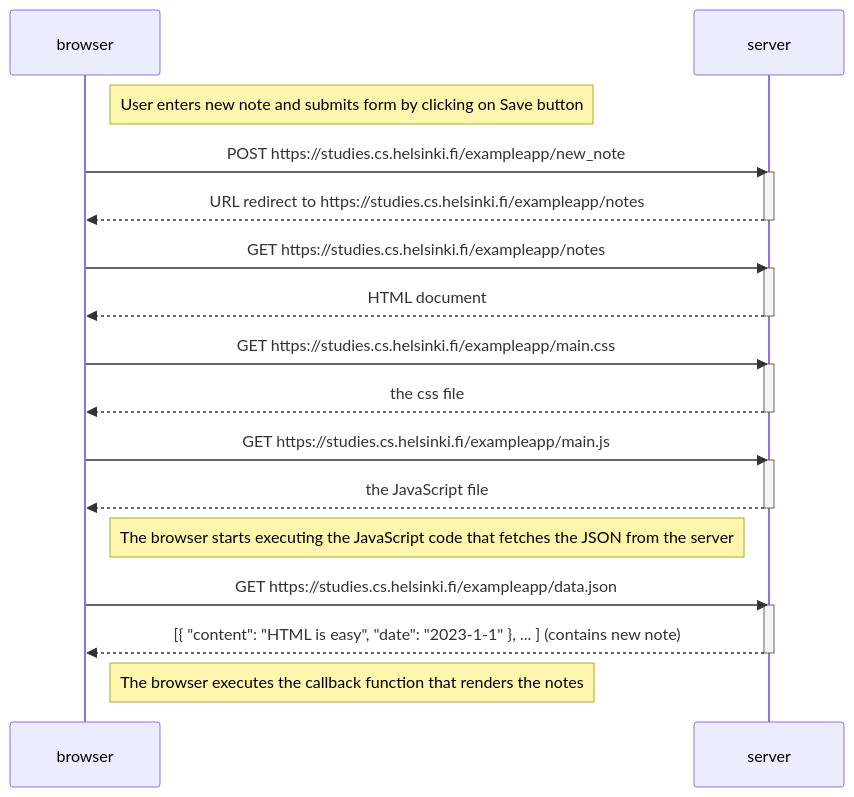
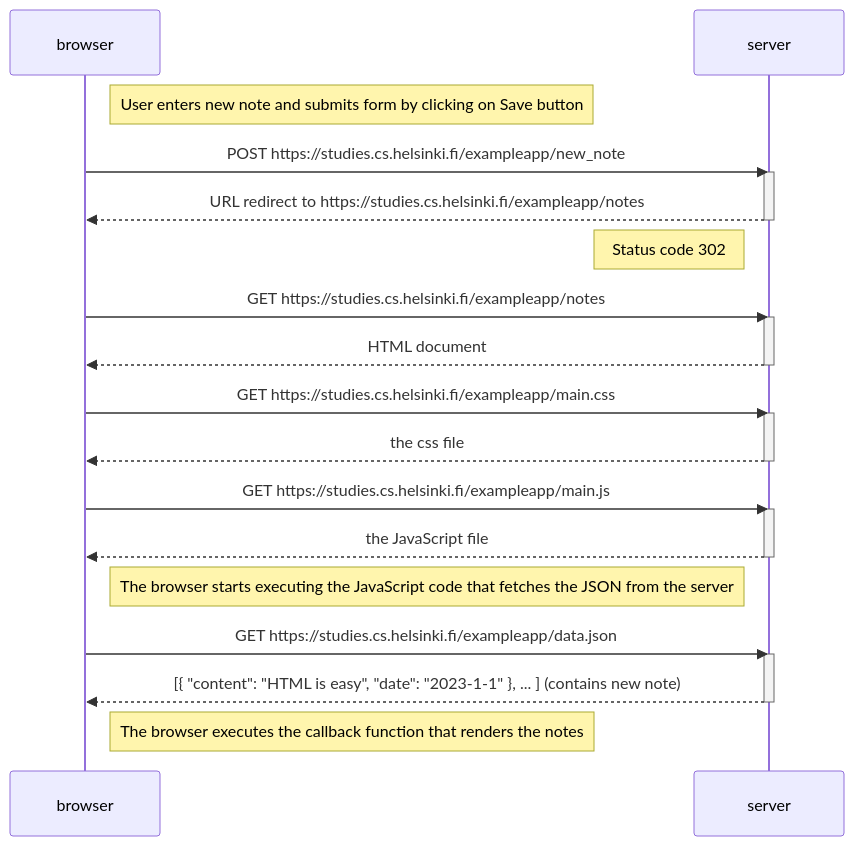
Before and after one commit to harshgupta6789/Fullstackopen: the diagram in 0.4/New note diagram.md, drawn with Mermaid.

````diff
--- a/0.4/New note diagram.md
+++ b/0.4/New note diagram.md
@@ -1,36 +1,38 @@
 ```mermaid
 sequenceDiagram
     participant browser
     participant server
 
     Note right of browser: User enters new note and submits form by clicking on Save button
     
     browser->>server: POST https://studies.cs.helsinki.fi/exampleapp/new_note
     activate server
     server-->>browser: URL redirect to https://studies.cs.helsinki.fi/exampleapp/notes
     deactivate server
+
+    Note left of server: Status code 302
 
     browser->>server: GET https://studies.cs.helsinki.fi/exampleapp/notes
     activate server
     server-->>browser: HTML document
     deactivate server
 
     browser->>server: GET https://studies.cs.helsinki.fi/exampleapp/main.css
     activate server
     server-->>browser: the css file
     deactivate server
 
     browser->>server: GET https://studies.cs.helsinki.fi/exampleapp/main.js
     activate server
     server-->>browser: the JavaScript file
     deactivate server
 
     Note right of browser: The browser starts executing the JavaScript code that fetches the JSON from the server
 
     browser->>server: GET https://studies.cs.helsinki.fi/exampleapp/data.json
     activate server
     server-->>browser: [{ "content": "HTML is easy", "date": "2023-1-1" }, ... ] (contains new note)
     deactivate server
 
     Note right of browser: The browser executes the callback function that renders the notes
 ```
````
